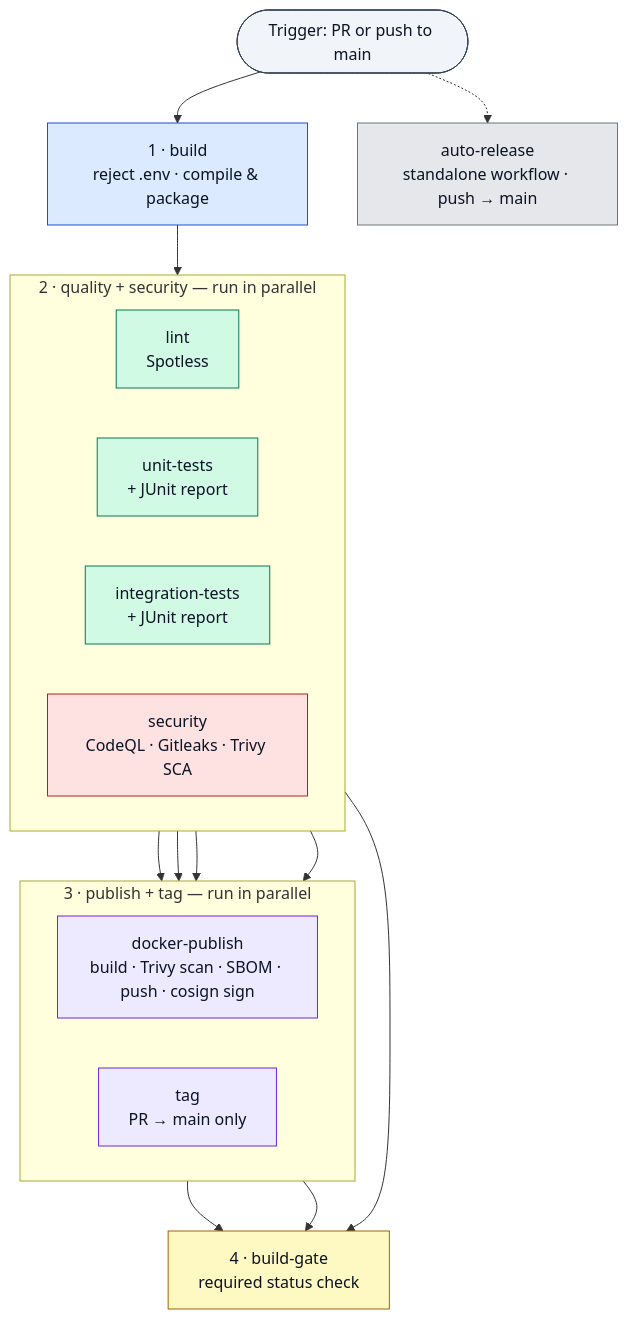
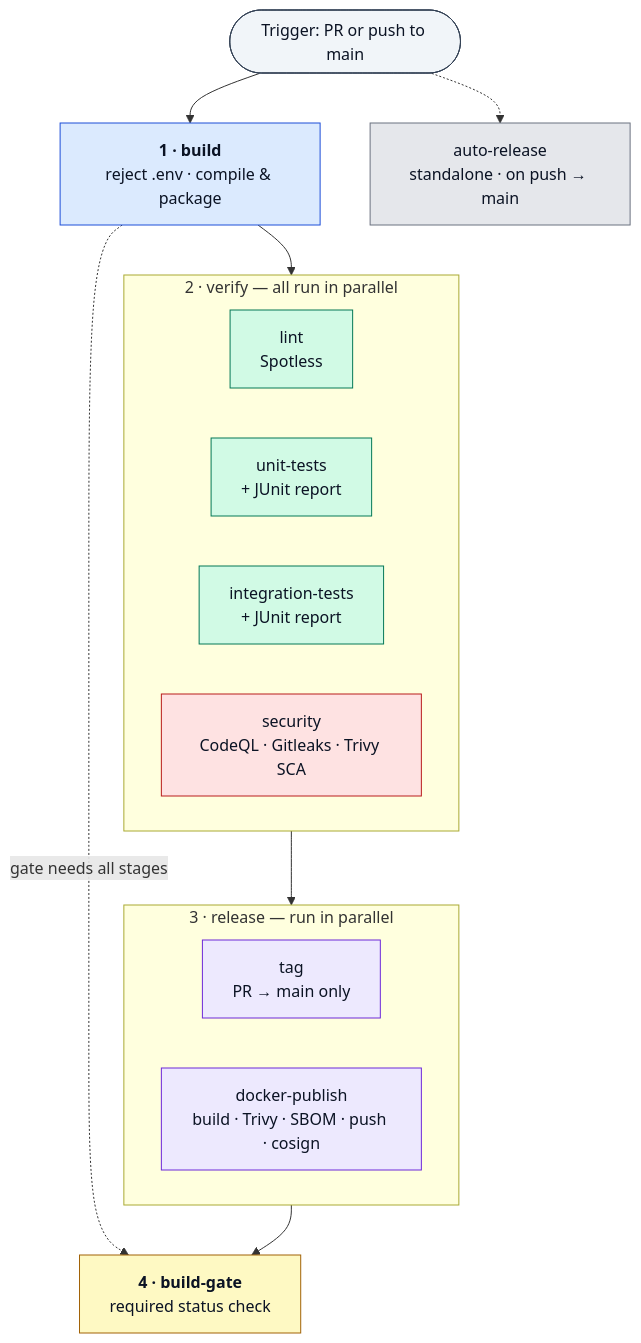
Before and after one commit to pse-wtag/java-ci-cd-template: the diagram in README.md, drawn with Mermaid. The commit also changed other lines of this file and 7 other files, not shown here.

````diff
--- a/README.md
+++ b/README.md
@@ -95,41 +112,37 @@
 ```mermaid
 flowchart TD
     T([Trigger: PR or push to main]):::trig
 
-    T --> B["1 · build<br/>reject .env · compile &amp; package"]:::s1
+    T --> B["<b>1 · build</b><br/>reject .env · compile &amp; package"]:::s1
 
-    subgraph P2 ["2 · quality + security — run in parallel"]
+    subgraph P2 ["2 · verify — all run in parallel"]
         direction LR
         L["lint<br/>Spotless"]:::s2
         U["unit-tests<br/>+ JUnit report"]:::s2
         I["integration-tests<br/>+ JUnit report"]:::s2
         S["security<br/>CodeQL · Gitleaks · Trivy SCA"]:::s3
     end
-    B --> P2
 
-    subgraph P3 ["3 · publish + tag — run in parallel"]
+    subgraph P3 ["3 · release — run in parallel"]
         direction LR
-        D["docker-publish<br/>build · Trivy scan · SBOM · push · cosign sign"]:::s4
         TG["tag<br/>PR → main only"]:::s4
+        D["docker-publish<br/>build · Trivy · SBOM · push · cosign"]:::s4
     end
 
-    U --> D
-    I --> D
-    S --> D
-    S --> TG
+    G["<b>4 · build-gate</b><br/>required status check"]:::s5
 
-    G["4 · build-gate<br/>required status check"]:::s5
-    L --> G
-    D --> G
-    TG --> G
+    B --> P2
+    P2 --> P3
+    P3 --> G
+    B -. gate needs all stages .-> G
 
-    T -.-> AR["auto-release<br/>standalone workflow · push → main"]:::ind
+    T -.-> AR["auto-release<br/>standalone · on push → main"]:::ind
 
     classDef trig fill:#f1f5f9,stroke:#334155,color:#0b1324;
     classDef s1 fill:#dbeafe,stroke:#1d4ed8,color:#0b1324;
     classDef s2 fill:#d1fae5,stroke:#047857,color:#0b1324;
     classDef s3 fill:#fee2e2,stroke:#b91c1c,color:#0b1324;
     classDef s4 fill:#ede9fe,stroke:#6d28d9,color:#0b1324;
     classDef s5 fill:#fef9c3,stroke:#a16207,color:#0b1324;
     classDef ind fill:#e5e7eb,stroke:#6b7280,color:#0b1324;
 ```
````
